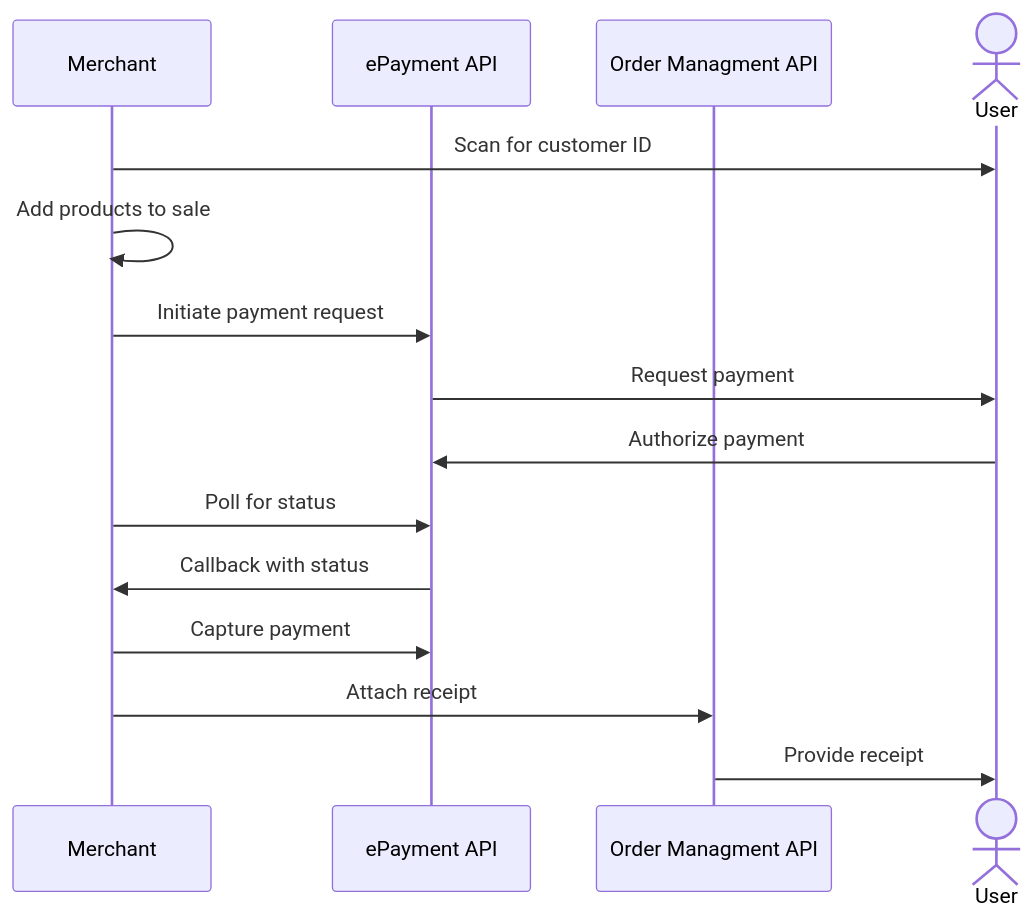
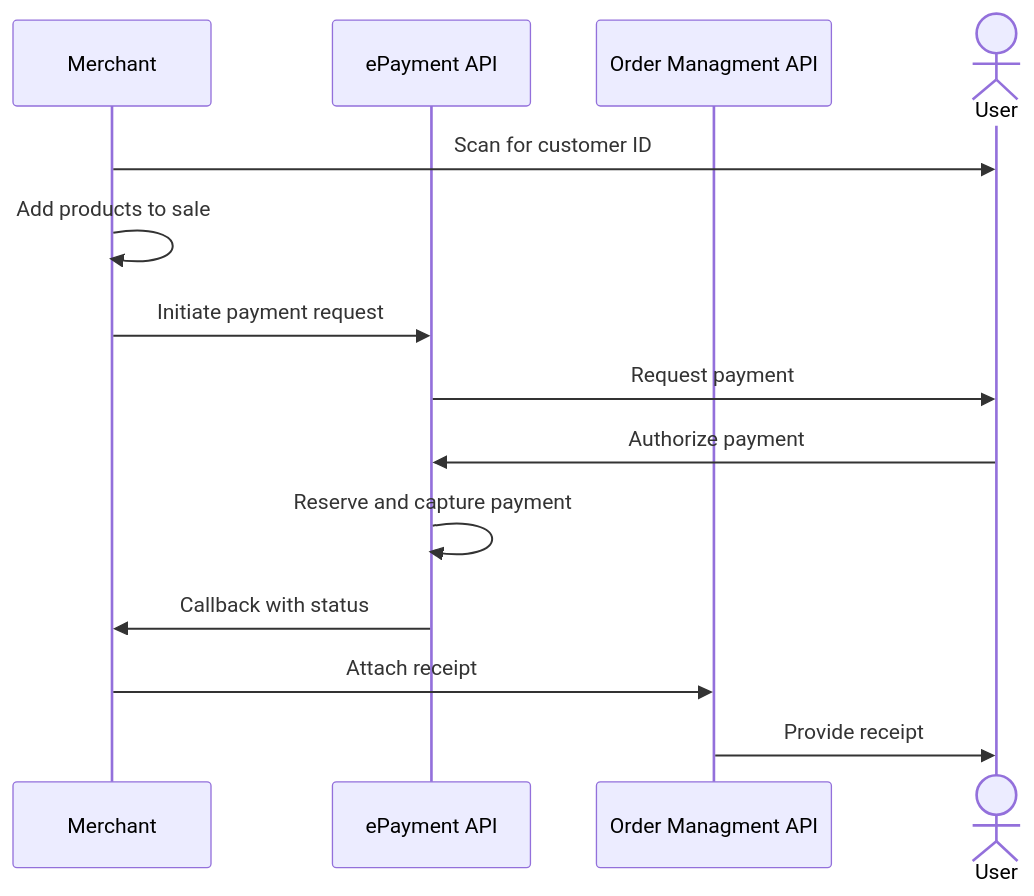
One commit to vippsas/vipps-solutions changed the diagram in in-store/README.md. Above: the diagram before and after it, drawn with Mermaid. The commit also changed other lines of this file, not shown here.

Commit message:
Updates to sequence diagram

````diff
--- a/in-store/README.md
+++ b/in-store/README.md
@@ -115,17 +115,16 @@
 ``` mermaid
 sequenceDiagram
     participant M as Merchant
     participant ePayment as ePayment API
     participant ordermanagement as Order Managment API
     actor U as User
     M->>U: Scan for customer ID
     M->>M: Add products to sale
     M->>ePayment: Initiate payment request
     ePayment->>U: Request payment
     U->>ePayment: Authorize payment
-    M->>ePayment: Poll for status
+    ePayment->>ePayment: Reserve and capture payment
     ePayment->>M: Callback with status
-    M->>ePayment: Capture payment
     M->> ordermanagement: Attach receipt
     ordermanagement->>U: Provide receipt
 ```
````
